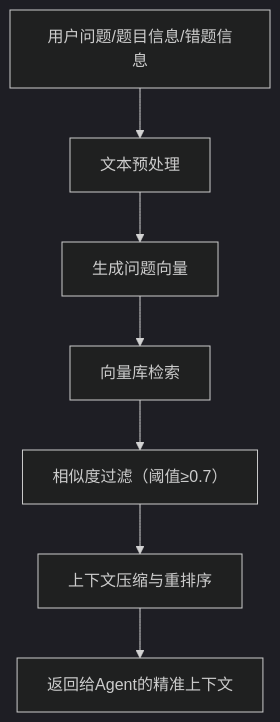
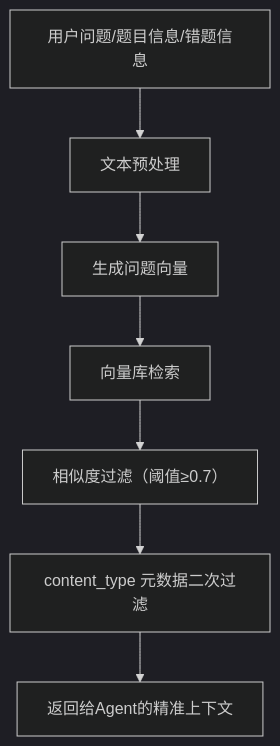
One commit to wangmengxxxi/xi_oj changed the third of 5 diagrams in MD/backend_dev_md/backend_dev.md. Above: the diagram before and after it, drawn with Mermaid (dark theme). The commit also changed other lines of this file and 3 other files, not shown here.

````diff
--- a/MD/backend_dev_md/backend_dev.md
+++ b/MD/backend_dev_md/backend_dev.md
@@ -449,9 +453,9 @@
 ```mermaid
 flowchart TD
     A[用户问题/题目信息/错题信息] --> B[文本预处理]
     B --> C[生成问题向量]
     C --> D[向量库检索]
     D --> E[相似度过滤（阈值≥0.7）]
-    E --> F[上下文压缩与重排序]
+    E --> F[content_type 元数据二次过滤]
     F --> G[返回给Agent的精准上下文]
 ```
````
